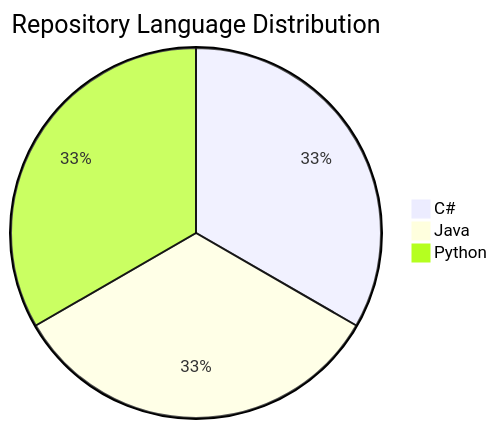
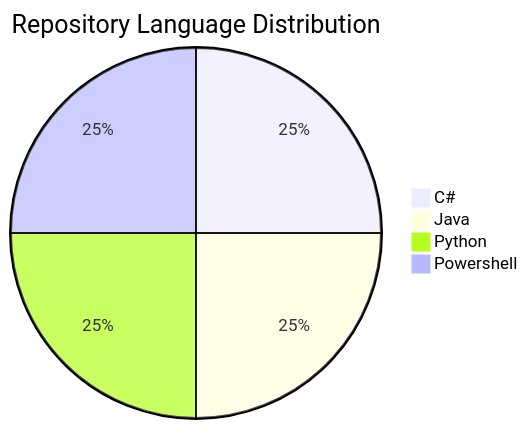
The diagram in profile/README.md (fanto-docs/.github), drawn with Mermaid before and after one commit.

````diff
--- a/profile/README.md
+++ b/profile/README.md
@@ -29,6 +29,7 @@
 ```mermaid
 pie title Repository Language Distribution
     "C#" : 1
     "Java": 1
-    "Python" : 1
+    "Python": 1
+    "Powershell": 1
 ```
````
